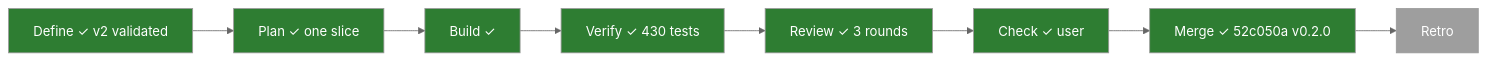
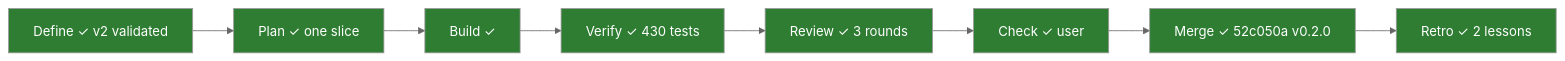
Before and after one commit to PaliCanon/ui-lib: the first of 2 diagrams in .task/065-cream-palette.md, drawn with Mermaid (neutral theme). The commit also changed other lines of this file, not shown here.

Commit message:
chore(task): 065 retro validated

````diff
--- a/.task/065-cream-palette.md
+++ b/.task/065-cream-palette.md
@@ -12,7 +12,7 @@
 ```mermaid
 flowchart LR
-  Define["Define ✓ v2 validated"]:::done --> Plan["Plan ✓ one slice"]:::done --> Build["Build ✓"]:::done --> Verify["Verify ✓ 430 tests"]:::done --> Review["Review ✓ 3 rounds"]:::done --> Check["Check ✓ user"]:::done --> Merge["Merge ✓ 52c050a v0.2.0"]:::done --> Retro:::todo
+  Define["Define ✓ v2 validated"]:::done --> Plan["Plan ✓ one slice"]:::done --> Build["Build ✓"]:::done --> Verify["Verify ✓ 430 tests"]:::done --> Review["Review ✓ 3 rounds"]:::done --> Check["Check ✓ user"]:::done --> Merge["Merge ✓ 52c050a v0.2.0"]:::done --> Retro["Retro ✓ 2 lessons"]:::done
   classDef doing fill:#f9a825,color:#000
   classDef done fill:#2e7d32,color:#fff
   classDef todo fill:#9e9e9e,color:#fff
 ```
````
